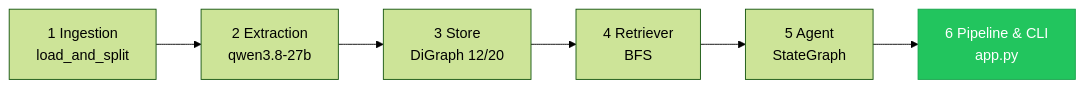
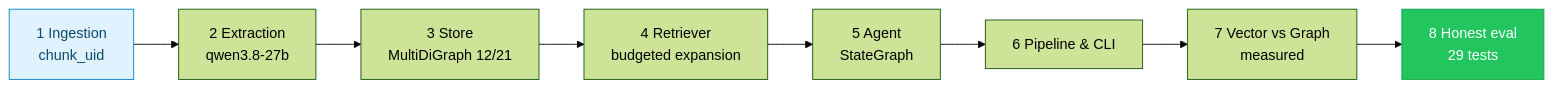
The first of 7 diagrams in README.md (manishwvn/graph_rag), drawn with Mermaid (forest theme) before and after one commit. The commit also changed other lines of this file and 30 other files, not shown here.

First line of the commit message:
feat: vector vs graph RAG comparison, with a corrected evaluation

````diff
--- a/README.md
+++ b/README.md
@@ -33,9 +38,12 @@
 ```mermaid
 graph LR
-  E1["1 Ingestion<br/>load_and_split"] --> E2["2 Extraction<br/>qwen3.8-27b"]
-  E2 --> E3["3 Store<br/>DiGraph 12/20"]
-  E3 --> E4["4 Retriever<br/>BFS"]
+  E1["1 Ingestion<br/>chunk_uid"] --> E2["2 Extraction<br/>qwen3.8-27b"]
+  E2 --> E3["3 Store<br/>MultiDiGraph 12/21"]
+  E3 --> E4["4 Retriever<br/>budgeted expansion"]
   E4 --> E5["5 Agent<br/>StateGraph"]
-  E5 --> E6["6 Pipeline & CLI<br/>app.py"]
-  style E6 fill:#22C55E,stroke:#16A34A,color:#fff
+  E5 --> E6["6 Pipeline & CLI"]
+  E6 --> E7["7 Vector vs Graph<br/>measured"]
+  E7 --> E8["8 Honest eval<br/>29 tests"]
+  style E8 fill:#22C55E,stroke:#16A34A,color:#fff
+  style E1 fill:#E0F2FE,stroke:#0284C7,color:#0C4A6E
 ```
````
